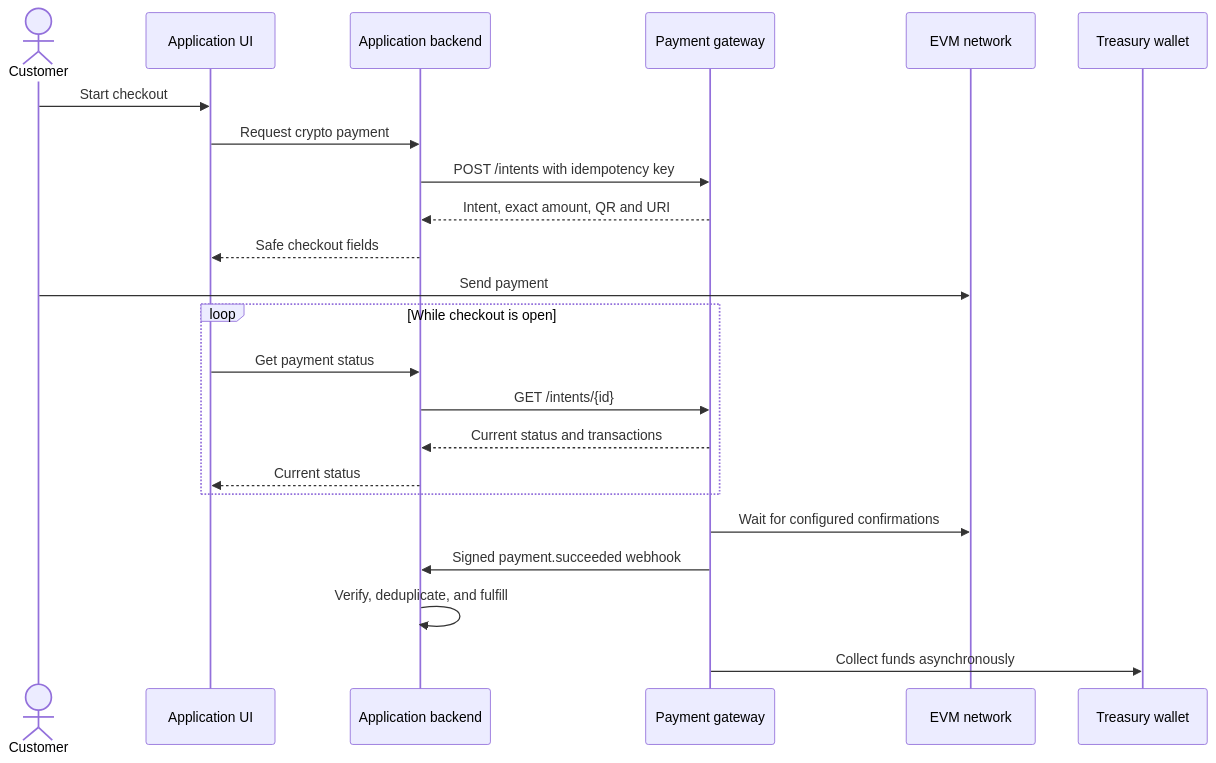
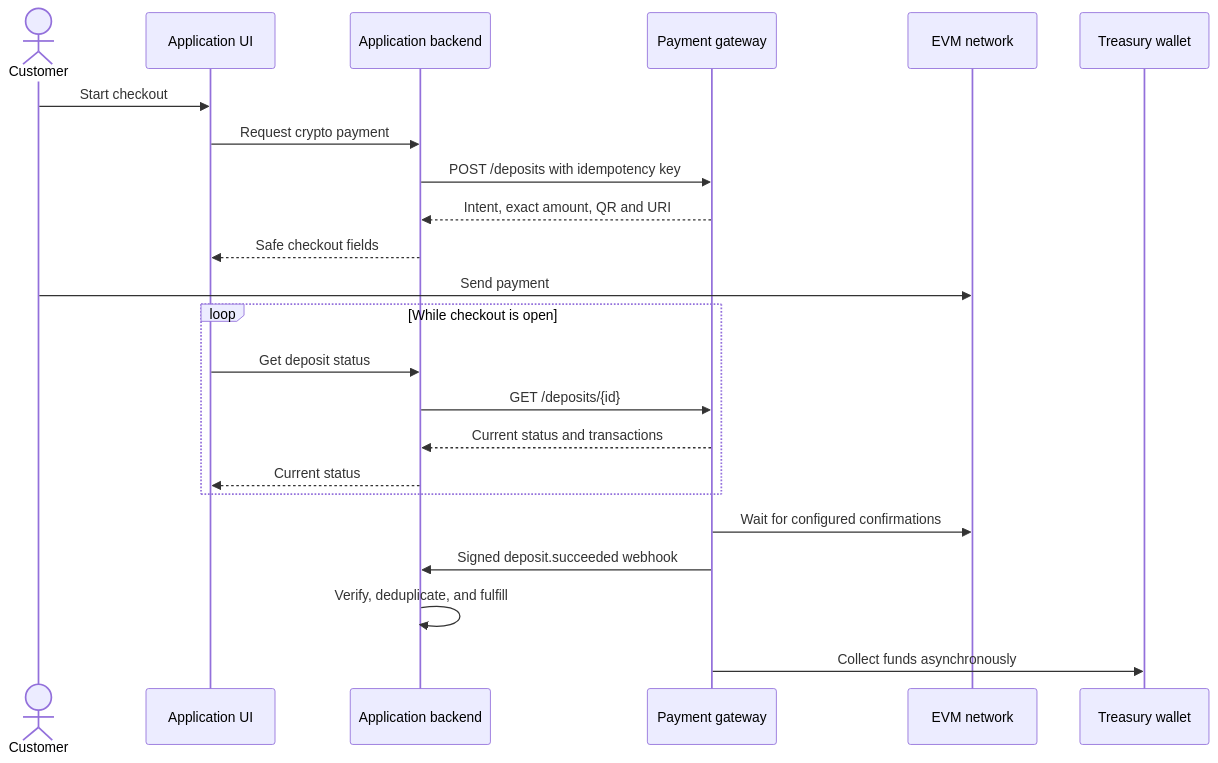
One commit to ifokeev/evm-payment-gateway changed the second of 4 diagrams in INTEGRATION.md. Above: the diagram before and after it, drawn with Mermaid. The commit also changed other lines of this file and 36 other files, not shown here.

````diff
--- a/INTEGRATION.md
+++ b/INTEGRATION.md
@@ -163,26 +174,26 @@
 ```mermaid
 sequenceDiagram
     actor Customer
     participant UI as Application UI
     participant App as Application backend
     participant Gateway as Payment gateway
     participant Chain as EVM network
     participant Treasury as Treasury wallet
 
     Customer->>UI: Start checkout
     UI->>App: Request crypto payment
-    App->>Gateway: POST /intents with idempotency key
+    App->>Gateway: POST /deposits with idempotency key
     Gateway-->>App: Intent, exact amount, QR and URI
     App-->>UI: Safe checkout fields
     Customer->>Chain: Send payment
     loop While checkout is open
-        UI->>App: Get payment status
-        App->>Gateway: GET /intents/{id}
+        UI->>App: Get deposit status
+        App->>Gateway: GET /deposits/{id}
         Gateway-->>App: Current status and transactions
         App-->>UI: Current status
     end
     Gateway->>Chain: Wait for configured confirmations
-    Gateway->>App: Signed payment.succeeded webhook
+    Gateway->>App: Signed deposit.succeeded webhook
     App->>App: Verify, deduplicate, and fulfill
     Gateway->>Treasury: Collect funds asynchronously
 ```
````
